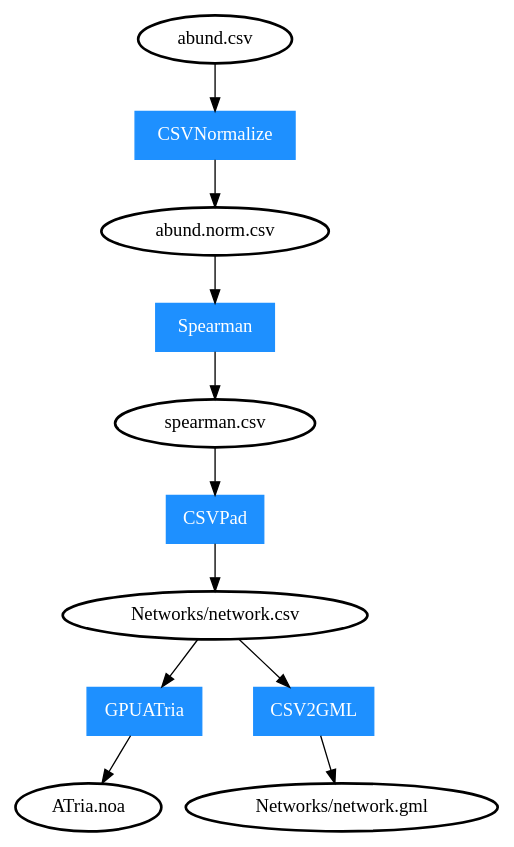
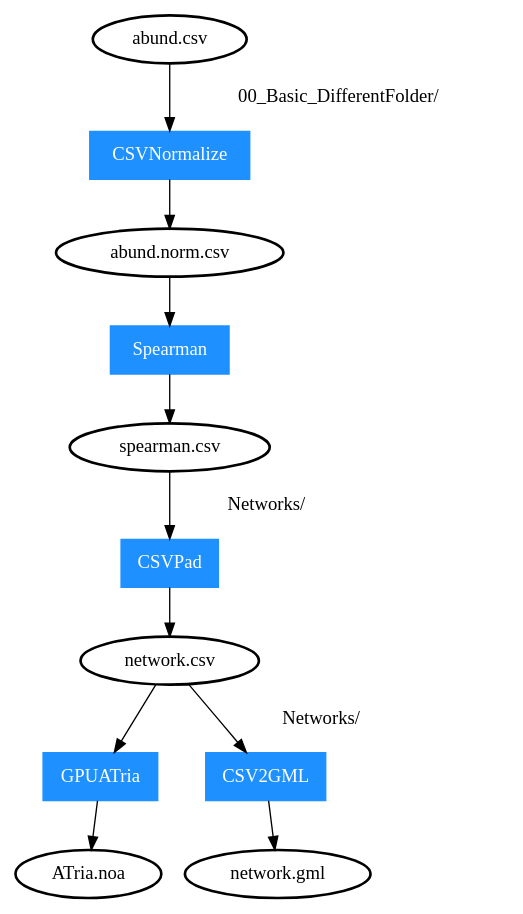
The diagram in 00_Basic_DifferentFolder/expected.dot (movingpictures83/PipeViz), drawn with Graphviz before and after one commit. The commit also changed 2 other files, not shown here.

Commit message:
Update expected for Basic tests

```diff
--- a/00_Basic_DifferentFolder/expected.dot
+++ b/00_Basic_DifferentFolder/expected.dot
@@ -1,13 +1,28 @@
 digraph G {
 	node [style=bold];
-	"abund.csv"->"0"->"abund.norm.csv";
-	"abund.norm.csv"->"1"->"spearman.csv";
-	"spearman.csv"->"2"->"Networks/network.csv";
-	"Networks/network.csv"->"3"->"ATria.noa";
-	"Networks/network.csv"->"4"->"Networks/network.gml";
+	"00_Basic_DifferentFolder/abund.csv"->"0" [label = "	00_Basic_DifferentFolder/	"];
+	"0"->"00_Basic_DifferentFolder/abund.norm.csv";
+	"00_Basic_DifferentFolder/abund.csv" [label = "abund.csv"];
+	"00_Basic_DifferentFolder/abund.norm.csv" [label = "abund.norm.csv"];
+	"00_Basic_DifferentFolder/abund.norm.csv"->"1";
+	"1"->"00_Basic_DifferentFolder/spearman.csv";
+	"00_Basic_DifferentFolder/abund.norm.csv" [label = "abund.norm.csv"];
+	"00_Basic_DifferentFolder/spearman.csv" [label = "spearman.csv"];
+	"00_Basic_DifferentFolder/spearman.csv"->"2" [label = "	Networks/	"];
+	"2"->"00_Basic_DifferentFolder/Networks/network.csv";
+	"00_Basic_DifferentFolder/spearman.csv" [label = "spearman.csv"];
+	"00_Basic_DifferentFolder/Networks/network.csv" [label = "network.csv"];
+	"00_Basic_DifferentFolder/Networks/network.csv"->"3";
+	"3"->"00_Basic_DifferentFolder/ATria.noa";
+	"00_Basic_DifferentFolder/Networks/network.csv" [label = "network.csv"];
+	"00_Basic_DifferentFolder/ATria.noa" [label = "ATria.noa"];
+	"00_Basic_DifferentFolder/Networks/network.csv"->"4" [label = "	Networks/	"];
+	"4"->"00_Basic_DifferentFolder/Networks/network.gml";
+	"00_Basic_DifferentFolder/Networks/network.csv" [label = "network.csv"];
+	"00_Basic_DifferentFolder/Networks/network.gml" [label = "network.gml"];
 	"0" [label="CSVNormalize", shape=box, color=dodgerblue1, fontcolor=white, style=filled];
 	"1" [label="Spearman", shape=box, color=dodgerblue1, fontcolor=white, style=filled];
 	"2" [label="CSVPad", shape=box, color=dodgerblue1, fontcolor=white, style=filled];
 	"3" [label="GPUATria", shape=box, color=dodgerblue1, fontcolor=white, style=filled];
 	"4" [label="CSV2GML", shape=box, color=dodgerblue1, fontcolor=white, style=filled];
 }
```
